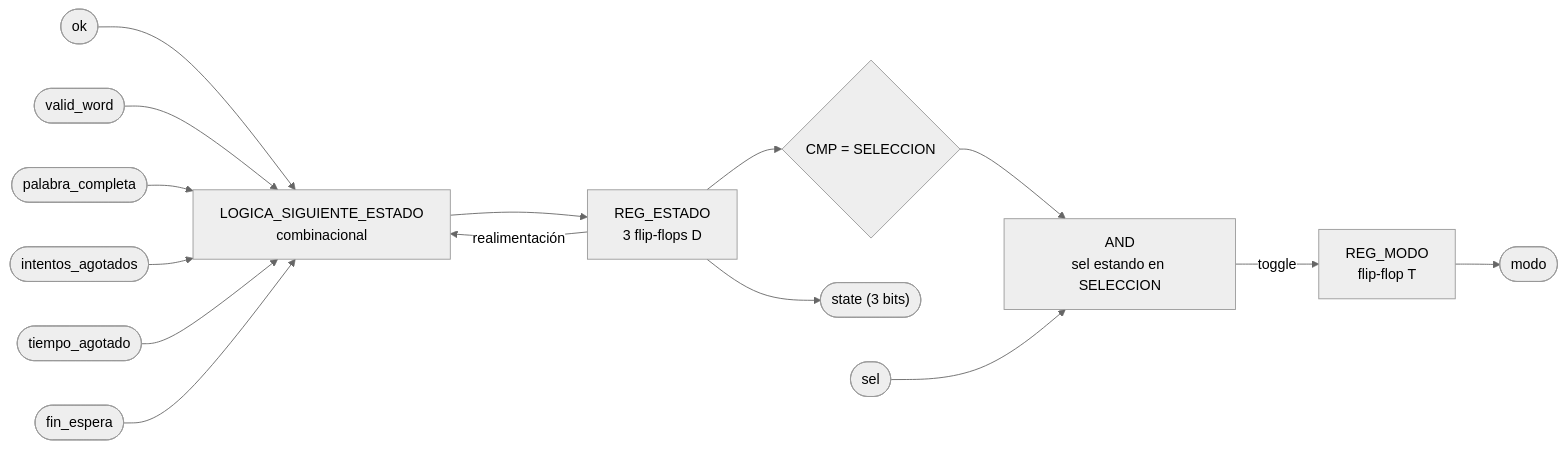
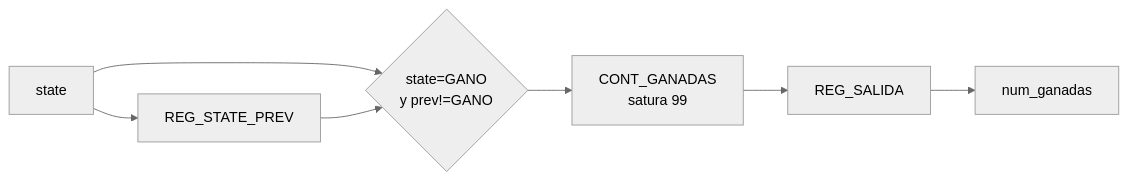
Before and after one commit to Taller-de-diseno-digital-GR01/Proyecto-2-Ahorcado: diagram 11 of 27 in docs/diseño/diseño.md, drawn with Mermaid (neutral theme). The commit also changed other lines of this file, not shown here.

````diff
--- a/docs/diseño/diseño.md
+++ b/docs/diseño/diseño.md
@@ -1345,18 +773,9 @@
 ```mermaid
 flowchart LR
-    IN_OK(["ok"]) --> LSE["LOGICA_SIGUIENTE_ESTADO<br/>combinacional"]
-    IN_SEL(["sel"])
-    IN_VW(["valid_word"]) --> LSE
-    IN_PC(["palabra_completa"]) --> LSE
-    IN_IA(["intentos_agotados"]) --> LSE
-    IN_TA(["tiempo_agotado"]) --> LSE
-    IN_FE(["fin_espera"]) --> LSE
-    LSE --> REG_ST["REG_ESTADO<br/>3 flip-flops D"]
-    REG_ST -->|realimentación| LSE
-    REG_ST --> OUT_ST(["state (3 bits)"])
-    REG_ST --> CMP_SEL{"CMP = SELECCION"}
-    CMP_SEL --> AND_M["AND<br/>sel estando en SELECCION"]
-    IN_SEL --> AND_M
-    AND_M -->|toggle| REG_MODO["REG_MODO<br/>flip-flop T"]
-    REG_MODO --> OUT_MODO(["modo"])
+        ST["state"] --> PREV["REG_STATE_PREV"]
+        ST --> CMP{"state=GANO<br/>y prev!=GANO"}
+        PREV --> CMP
+        CMP --> CNT["CONT_GANADAS<br/>satura 99"]
+        CNT --> OUTREG["REG_SALIDA"]
+        OUTREG --> OUT["num_ganadas"]
 ```
````
